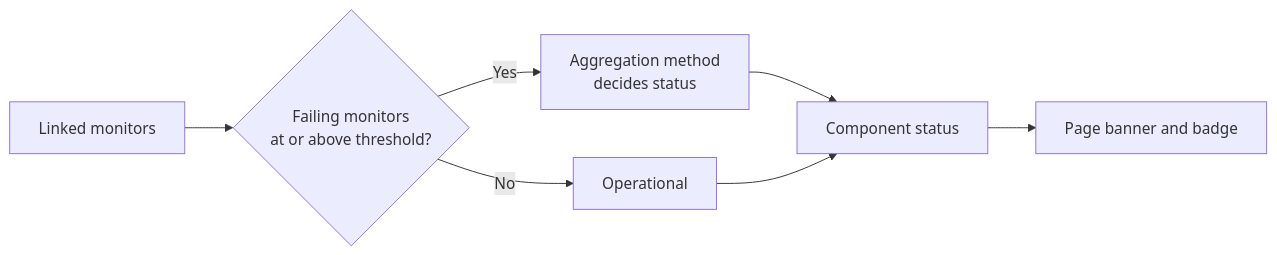
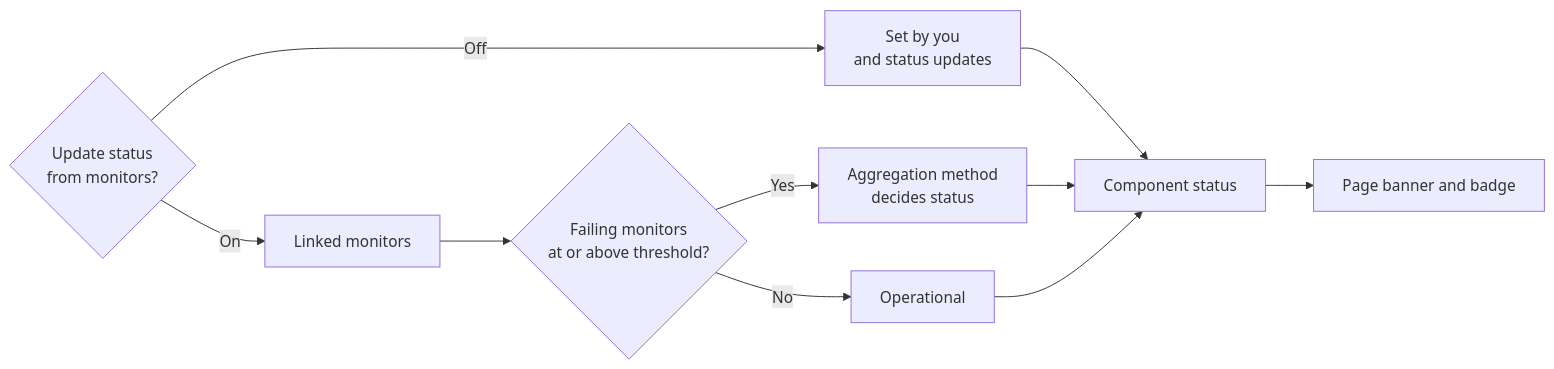
Before and after one commit to supercheck-io/supercheck: the second of 5 diagrams in docs/content/docs/app/communicate/status-pages.mdx, drawn with Mermaid. The commit also changed other lines of this file and 52 other files, not shown here.

````diff
--- a/docs/content/docs/app/communicate/status-pages.mdx
+++ b/docs/content/docs/app/communicate/status-pages.mdx
@@ -107,9 +109,12 @@
 ```mermaid
 flowchart LR
-    M[Linked monitors] --> T{Failing monitors<br/>at or above threshold?}
+    U{Update status<br/>from monitors?} -- Off --> H[Set by you<br/>and status updates]
+    U -- On --> M[Linked monitors]
+    H --> C
+    M --> T{Failing monitors<br/>at or above threshold?}
     T -- No --> O[Operational]
     T -- Yes --> A[Aggregation method<br/>decides status]
     A --> C[Component status]
     O --> C
     C --> P[Page banner and badge]
 ```
````
